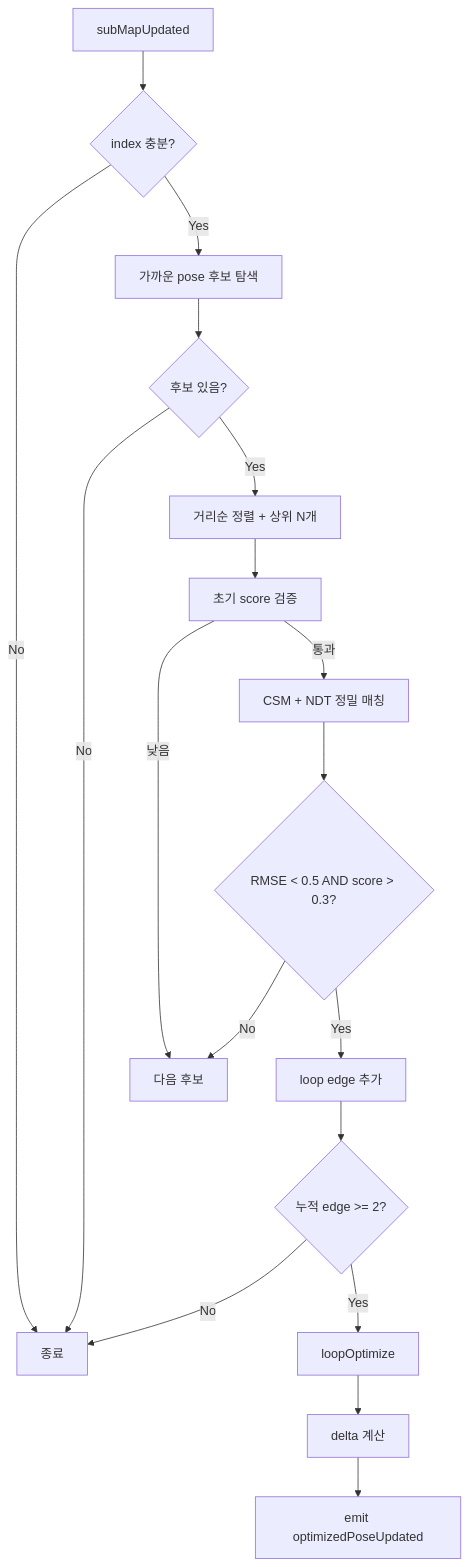
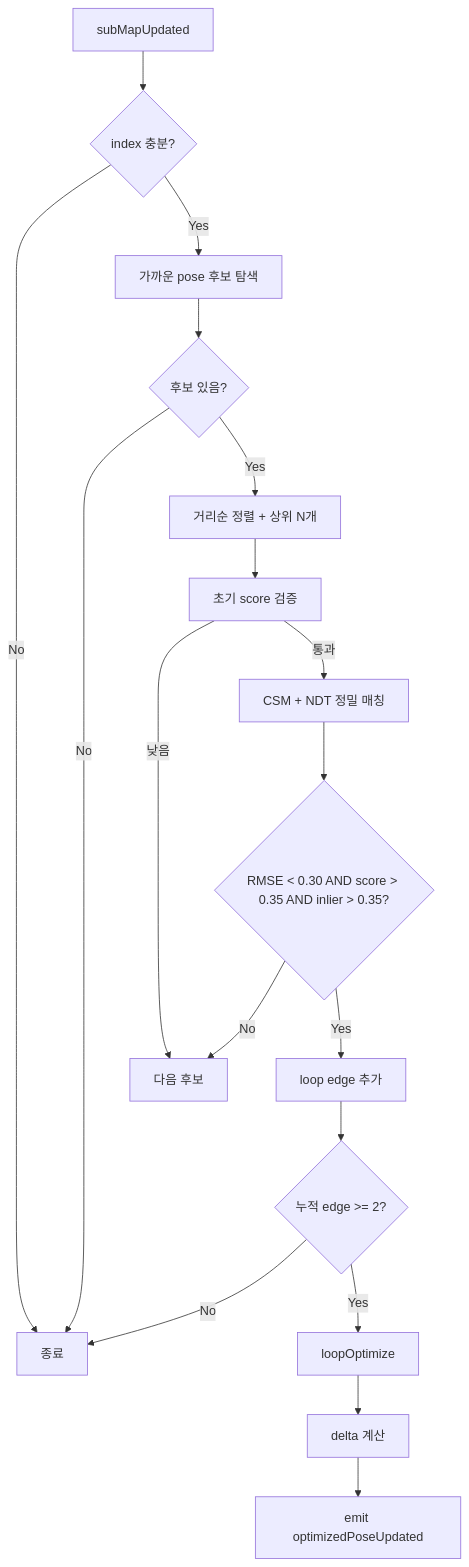
One commit to Inkiiee/cpp-2d-navigation-stack changed the fourth of 4 diagrams in cpp_2d_slam/README.md. Above: the diagram before and after it, drawn with Mermaid. The commit also changed other lines of this file and 10 other files, not shown here.

````diff
--- a/cpp_2d_slam/README.md
+++ b/cpp_2d_slam/README.md
@@ -175,20 +175,20 @@
 ```mermaid
 flowchart TD
     A[subMapUpdated] --> B{index 충분?}
     B -- No --> Z[종료]
     B -- Yes --> C[가까운 pose 후보 탐색]
     C --> D{후보 있음?}
     D -- No --> Z
     D -- Yes --> E[거리순 정렬 + 상위 N개]
     E --> F[초기 score 검증]
     F -- 낮음 --> G[다음 후보]
     F -- 통과 --> H[CSM + NDT 정밀 매칭]
-    H --> I{RMSE < 0.5 AND score > 0.3?}
+    H --> I{RMSE < 0.30 AND score > 0.35 AND inlier > 0.35?}
     I -- No --> G
     I -- Yes --> J[loop edge 추가]
     J --> K{누적 edge >= 2?}
     K -- No --> Z
     K -- Yes --> L[loopOptimize]
     L --> M[delta 계산]
     M --> N[emit optimizedPoseUpdated]
 ```
````
